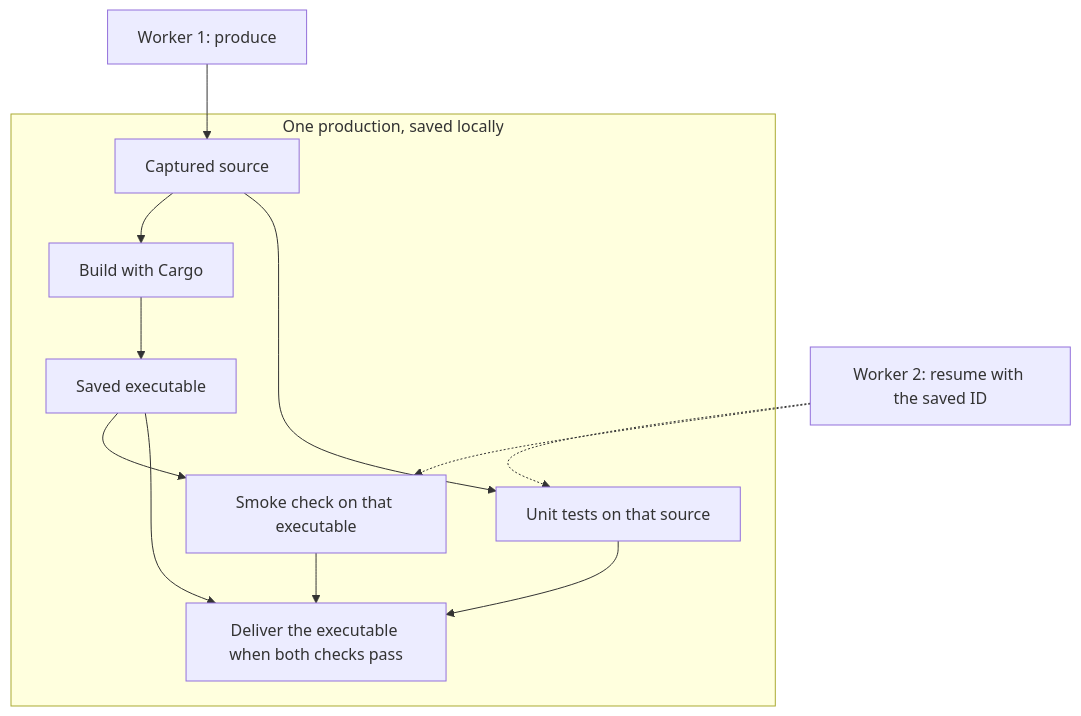
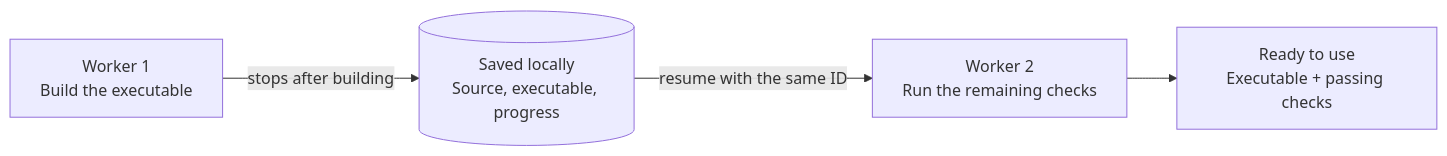
Before and after one commit to false-systems/sykli: the diagram in README.md, drawn with Mermaid.

Commit message:
docs: simplify the production continuity diagram

````diff
--- a/README.md
+++ b/README.md
@@ -28,16 +28,11 @@
 ```mermaid
-flowchart TD
-    first["Worker 1: produce"] --> source
-    next["Worker 2: resume with the saved ID"] -.-> unit
-    next -.-> smoke
+flowchart LR
+    build["Worker 1<br/>Build the executable"]
+    saved[("Saved locally<br/>Source, executable, progress")]
+    resume["Worker 2<br/>Run the remaining checks"]
+    result["Ready to use<br/>Executable + passing checks"]
 
-    subgraph saved["One production, saved locally"]
-        source["Captured source"] --> build["Build with Cargo"]
-        build --> binary["Saved executable"]
-        source --> unit["Unit tests on that source"]
-        binary --> smoke["Smoke check on that executable"]
-        binary --> delivered["Deliver the executable when both checks pass"]
-        unit --> delivered
-        smoke --> delivered
-    end
+    build -->|stops after building| saved
+    saved -->|resume with the same ID| resume
+    resume --> result
 ```
````
